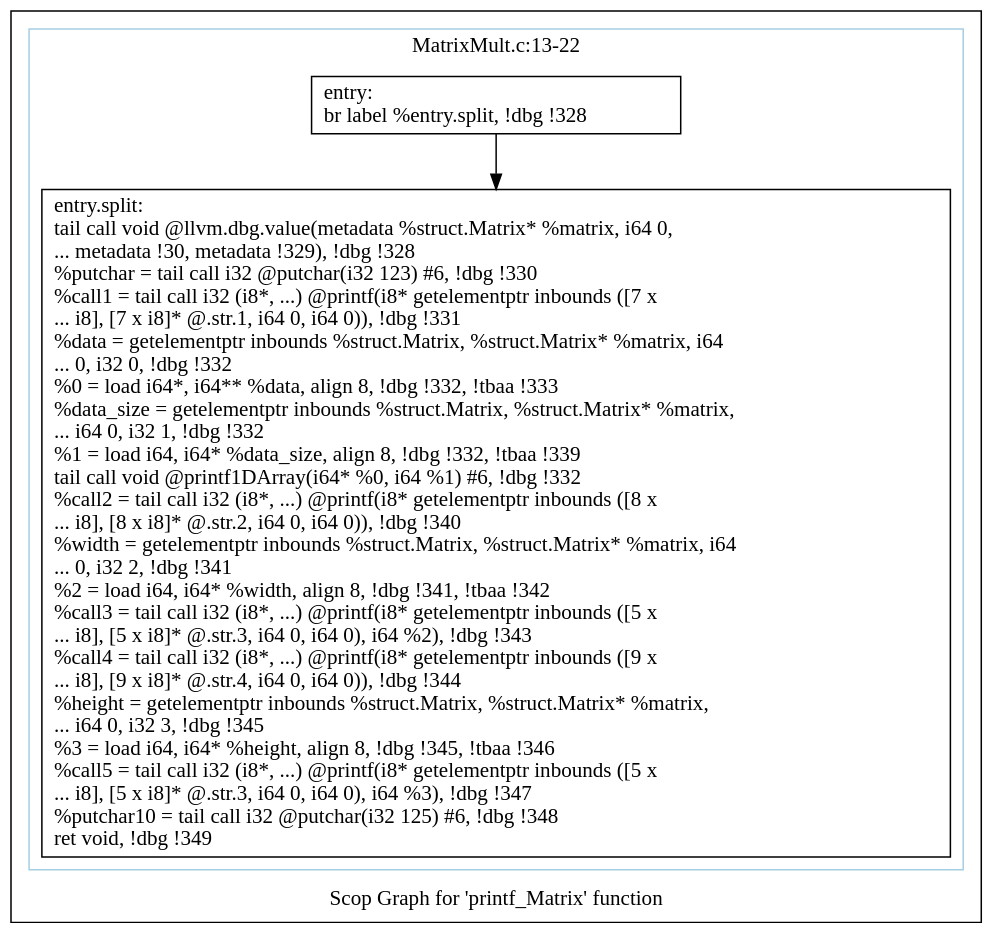
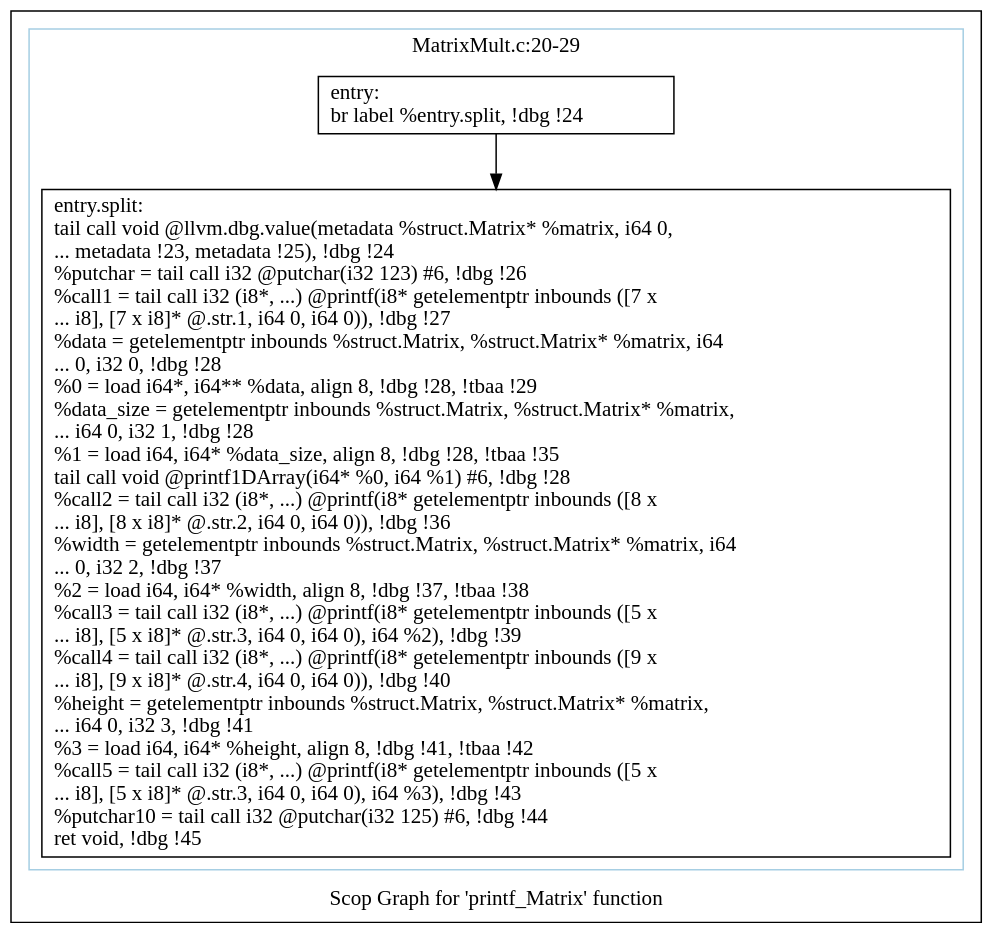
Before and after one commit to samminweng/WhileyOpenCL: the diagram in polly/MatrixMult/impl/autogenerate1/dot/scops.printf_Matrix.dot, drawn with Graphviz. The commit also changed 43 other files, not shown here.

```diff
--- a/polly/MatrixMult/impl/autogenerate1/dot/scops.printf_Matrix.dot
+++ b/polly/MatrixMult/impl/autogenerate1/dot/scops.printf_Matrix.dot
@@ -1,16 +1,16 @@
 digraph "Scop Graph for 'printf_Matrix' function" {
 	label="Scop Graph for 'printf_Matrix' function";
 
-	Node0xa12b000 [shape=record,label="{entry:\l  br label %entry.split, !dbg !328\l}"];
-	Node0xa12b000 -> Node0x9f90bf0;
-	Node0x9f90bf0 [shape=record,label="{entry.split:                                      \l  tail call void @llvm.dbg.value(metadata %struct.Matrix* %matrix, i64 0,\l... metadata !30, metadata !329), !dbg !328\l  %putchar = tail call i32 @putchar(i32 123) #6, !dbg !330\l  %call1 = tail call i32 (i8*, ...) @printf(i8* getelementptr inbounds ([7 x\l... i8], [7 x i8]* @.str.1, i64 0, i64 0)), !dbg !331\l  %data = getelementptr inbounds %struct.Matrix, %struct.Matrix* %matrix, i64\l... 0, i32 0, !dbg !332\l  %0 = load i64*, i64** %data, align 8, !dbg !332, !tbaa !333\l  %data_size = getelementptr inbounds %struct.Matrix, %struct.Matrix* %matrix,\l... i64 0, i32 1, !dbg !332\l  %1 = load i64, i64* %data_size, align 8, !dbg !332, !tbaa !339\l  tail call void @printf1DArray(i64* %0, i64 %1) #6, !dbg !332\l  %call2 = tail call i32 (i8*, ...) @printf(i8* getelementptr inbounds ([8 x\l... i8], [8 x i8]* @.str.2, i64 0, i64 0)), !dbg !340\l  %width = getelementptr inbounds %struct.Matrix, %struct.Matrix* %matrix, i64\l... 0, i32 2, !dbg !341\l  %2 = load i64, i64* %width, align 8, !dbg !341, !tbaa !342\l  %call3 = tail call i32 (i8*, ...) @printf(i8* getelementptr inbounds ([5 x\l... i8], [5 x i8]* @.str.3, i64 0, i64 0), i64 %2), !dbg !343\l  %call4 = tail call i32 (i8*, ...) @printf(i8* getelementptr inbounds ([9 x\l... i8], [9 x i8]* @.str.4, i64 0, i64 0)), !dbg !344\l  %height = getelementptr inbounds %struct.Matrix, %struct.Matrix* %matrix,\l... i64 0, i32 3, !dbg !345\l  %3 = load i64, i64* %height, align 8, !dbg !345, !tbaa !346\l  %call5 = tail call i32 (i8*, ...) @printf(i8* getelementptr inbounds ([5 x\l... i8], [5 x i8]* @.str.3, i64 0, i64 0), i64 %3), !dbg !347\l  %putchar10 = tail call i32 @putchar(i32 125) #6, !dbg !348\l  ret void, !dbg !349\l}"];
+	Node0xb044fe0 [shape=record,label="{entry:\l  br label %entry.split, !dbg !24\l}"];
+	Node0xb044fe0 -> Node0xb0c9d40;
+	Node0xb0c9d40 [shape=record,label="{entry.split:                                      \l  tail call void @llvm.dbg.value(metadata %struct.Matrix* %matrix, i64 0,\l... metadata !23, metadata !25), !dbg !24\l  %putchar = tail call i32 @putchar(i32 123) #6, !dbg !26\l  %call1 = tail call i32 (i8*, ...) @printf(i8* getelementptr inbounds ([7 x\l... i8], [7 x i8]* @.str.1, i64 0, i64 0)), !dbg !27\l  %data = getelementptr inbounds %struct.Matrix, %struct.Matrix* %matrix, i64\l... 0, i32 0, !dbg !28\l  %0 = load i64*, i64** %data, align 8, !dbg !28, !tbaa !29\l  %data_size = getelementptr inbounds %struct.Matrix, %struct.Matrix* %matrix,\l... i64 0, i32 1, !dbg !28\l  %1 = load i64, i64* %data_size, align 8, !dbg !28, !tbaa !35\l  tail call void @printf1DArray(i64* %0, i64 %1) #6, !dbg !28\l  %call2 = tail call i32 (i8*, ...) @printf(i8* getelementptr inbounds ([8 x\l... i8], [8 x i8]* @.str.2, i64 0, i64 0)), !dbg !36\l  %width = getelementptr inbounds %struct.Matrix, %struct.Matrix* %matrix, i64\l... 0, i32 2, !dbg !37\l  %2 = load i64, i64* %width, align 8, !dbg !37, !tbaa !38\l  %call3 = tail call i32 (i8*, ...) @printf(i8* getelementptr inbounds ([5 x\l... i8], [5 x i8]* @.str.3, i64 0, i64 0), i64 %2), !dbg !39\l  %call4 = tail call i32 (i8*, ...) @printf(i8* getelementptr inbounds ([9 x\l... i8], [9 x i8]* @.str.4, i64 0, i64 0)), !dbg !40\l  %height = getelementptr inbounds %struct.Matrix, %struct.Matrix* %matrix,\l... i64 0, i32 3, !dbg !41\l  %3 = load i64, i64* %height, align 8, !dbg !41, !tbaa !42\l  %call5 = tail call i32 (i8*, ...) @printf(i8* getelementptr inbounds ([5 x\l... i8], [5 x i8]* @.str.3, i64 0, i64 0), i64 %3), !dbg !43\l  %putchar10 = tail call i32 @putchar(i32 125) #6, !dbg !44\l  ret void, !dbg !45\l}"];
 	colorscheme = "paired12"
-        subgraph cluster_0xa161bc0 {
-          label = "MatrixMult.c:13-22
+        subgraph cluster_0xb09b720 {
+          label = "MatrixMult.c:20-29
 ";
           style = solid;
           color = 1
-          Node0xa12b000;
-          Node0x9f90bf0;
+          Node0xb044fe0;
+          Node0xb0c9d40;
         }
 }
```
